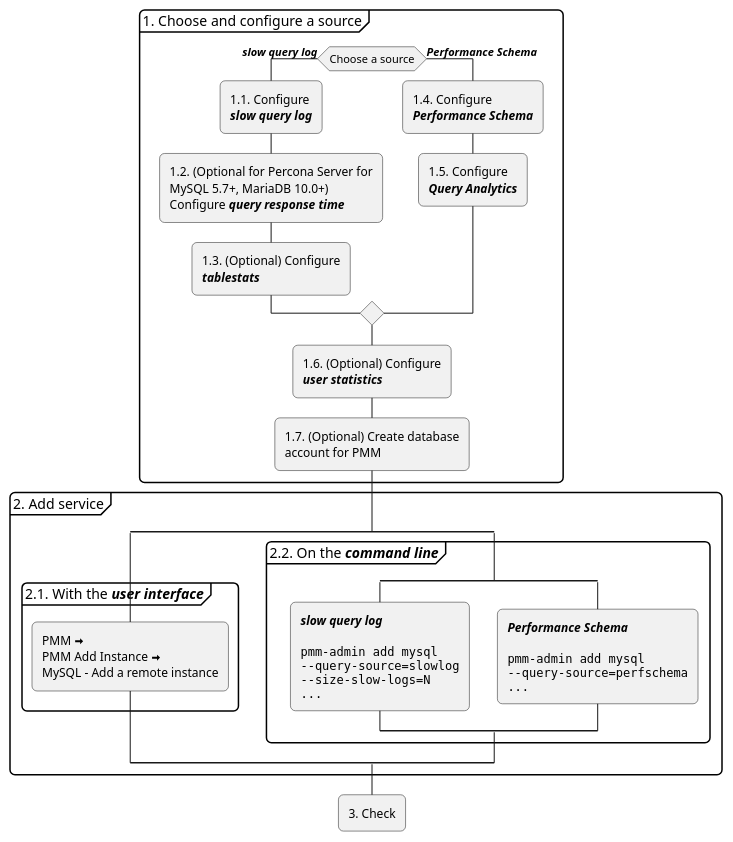
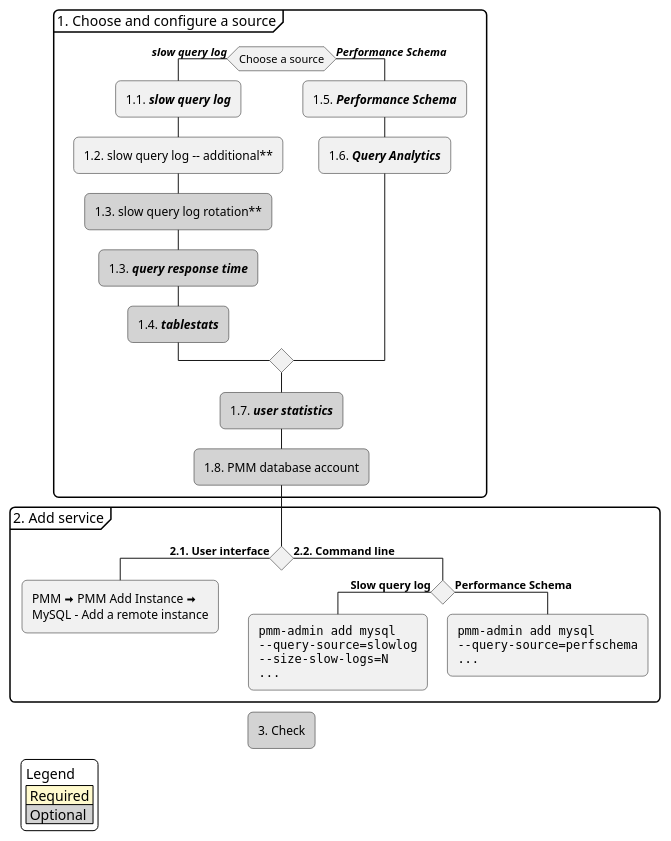
One commit to percona/pmm-doc changed the diagram in _resources/diagrams/Setting-Up_Client_MySQL.puml. Above: the diagram before and after it, drawn with PlantUML. The commit also changed 1 other file, not shown here.

```diff
--- a/_resources/diagrams/Setting-Up_Client_MySQL.puml
+++ b/_resources/diagrams/Setting-Up_Client_MySQL.puml
@@ -6,62 +6,49 @@
 @startuml "setting-up_client_mysql"
 skinparam ArrowHeadColor none
 skinparam roundCorner 10
+skinparam legendBackgroundColor #0000
 'title "Setting up PMM Client to monitor a MySQL host\nOverview\n"
-
-
+legend bottom left
+Legend
+<#lemonchiffon>| Required |
+<#lightgrey>| Optional |
+endlegend
 
 partition "1. Choose and configure a source" {
-
 	if (Choose a source) then (**//slow query log//**)
-'		split
-'			-[hidden]->
-			:1.1. Configure\n**//slow query log//**;
-			:1.2. (Optional for Percona Server for\nMySQL 5.7+, MariaDB 10.0+)\nConfigure **//query response time//**;
-			:1.3. (Optional) Configure\n**//tablestats//**;
+		:1.1. **//slow query log//**;
+		:1.2. slow query log -- additional**;
+		#lightgrey:1.3. slow query log rotation**;
+		#lightgrey:1.3. **//query response time//**;
+		#lightgrey:1.4. **//tablestats//**;
 	else (**//Performance Schema//**)
-'		split again
-'			-[hidden]->
-			:1.4. Configure\n**//Performance Schema//**;
-			:1.5. Configure\n**//Query Analytics//**;
-'		end split
+		:1.5. **//Performance Schema//**;
+		:1.6. **//Query Analytics//**;
 	endif
-	:1.6. (Optional) Configure\n**//user statistics//**;
-	:1.7. (Optional) Create database\naccount for PMM;
+	#lightgrey:1.7. **//user statistics//**;
+	#lightgrey:1.8. PMM database account;
 }
 partition "2. Add service" {
-	split
-	partition "2.1. With the **//user interface//**" {
-		:PMM <&arrow-thick-right>\nPMM Add Instance <&arrow-thick-right>\nMySQL - Add a remote instance;
-	}
-'	kill
-	split again
-
-	partition "2.2. On the **//command line//**" {
-		split
-		:**//slow query log//**
-
-<code>
-		pmm-admin add mysql
-		--query-source=slowlog
-		--size-slow-logs=N
-		...
-</code>;
-
-'		kill
-		split again
-		:**//Performance Schema//**
-
-<code>
-		pmm-admin add mysql
-		--query-source=perfschema
-		...
-</code>;
-'		kill
-		end split
-	}
-end split
+	if () then (**2.1. User interface**)
+		:PMM <&arrow-thick-right> PMM Add Instance <&arrow-thick-right>\nMySQL - Add a remote instance;
+		kill
+	else (**2.2. Command line**)
+		if () then (**Slow query log**)
+			:<code>
+			pmm-admin add mysql
+			--query-source=slowlog
+			--size-slow-logs=N
+			...
+			</code>;
+		else (**Performance Schema**)
+			:<code>
+			pmm-admin add mysql
+			--query-source=perfschema
+			...
+			</code>;
+		endif
+		kill
+	endif
 }
-
-:3. Check;
-
+#lightgrey:3. Check;
 @enduml
```
